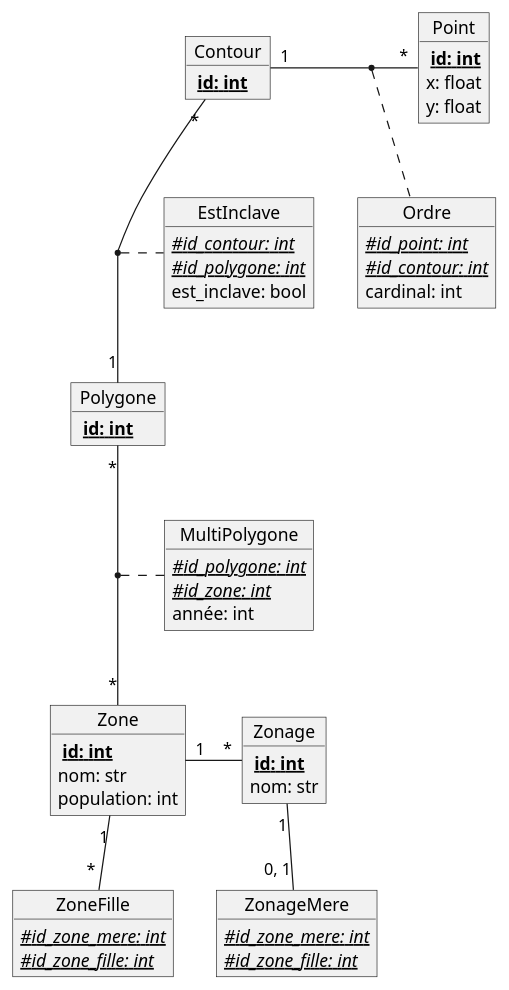
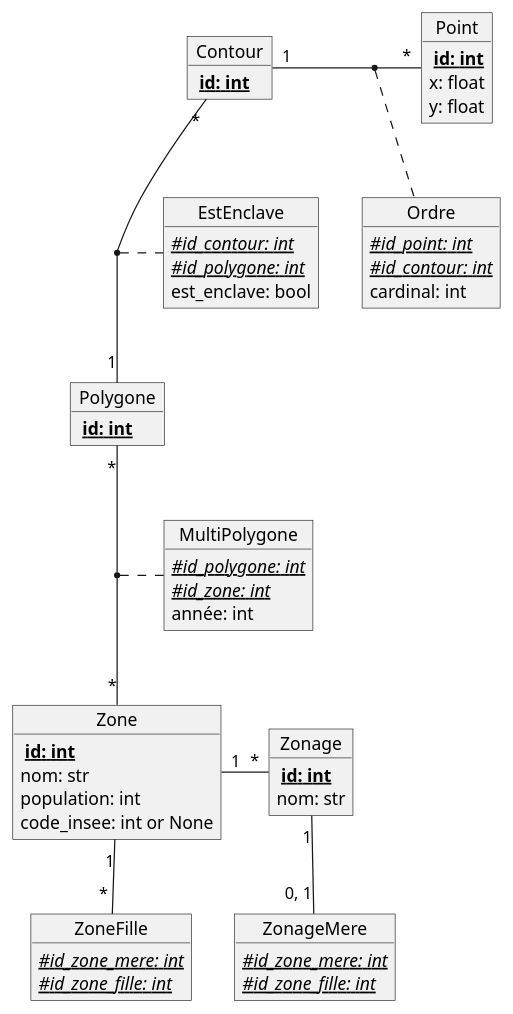
Before and after one commit to antoni-guardia/ENSAI_ProjetInfo2A: the diagram in doc/diagrammes/diagramme_entite_relation.md, drawn with PlantUML. The commit also changed 3 other files, not shown here.

```diff
--- a/doc/diagrammes/diagramme_entite_relation.md
+++ b/doc/diagrammes/diagramme_entite_relation.md
@@ -4,71 +4,72 @@
 @startuml
 object Zonage{
 <b> {Static} id: int
 nom: str
 }
 
 object Zone{
 <b> {Static} id: int 
 nom: str
 population: int
+code_insee: int or None
 }
 
 object MultiPolygone{
 {Static}//#id_polygone: int//
 {Static}//#id_zone: int//
 année: int
 }
 
 
 
 object Polygone{
 <b> {Static} id: int
 }
 
 object Contour{
 <b> {Static} id: int
 }
 
 object Point{
 <b> {Static} id: int
 x: float
 y: float
 }
-object EstInclave{
+object EstEnclave{
 {Static}//#id_contour: int//
 {Static}//#id_polygone: int//
-est_inclave: bool
+est_enclave: bool
 }
 
 object Ordre{
 {Static}//#id_point: int//
 {Static}//#id_contour: int//
 cardinal: int
 
 }
 
 object ZoneFille{
 {Static}//#id_zone_mere: int//
 {Static}//#id_zone_fille: int//
 }
 
 object ZonageMere{
 {Static}//#id_zone_mere: int//
 {Static}//#id_zone_fille: int//
 }
 Zonage "1"-- "0, 1" ZonageMere
 
 Polygone "*" -- "*" Zone
 (Polygone, Zone) .. MultiPolygone
 
 Contour "*" -- "1" Polygone
-(Contour, Polygone) .. EstInclave
+(Contour, Polygone) .. EstEnclave
 
 Contour "1" -right- "*" Point
 (Contour, Point) .. Ordre
 
 Zone "1" -down- " * " ZoneFille
 Zone "1" -right- "*" Zonage
 
 
 @enduml
```
